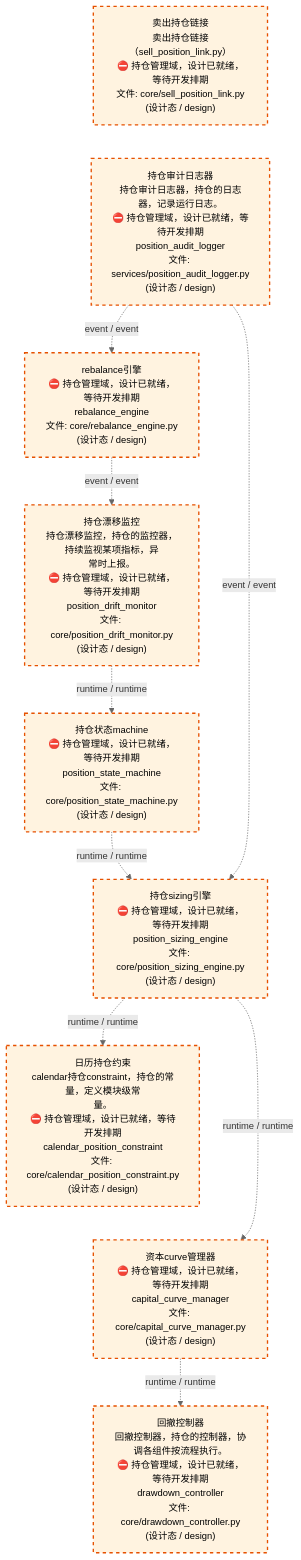
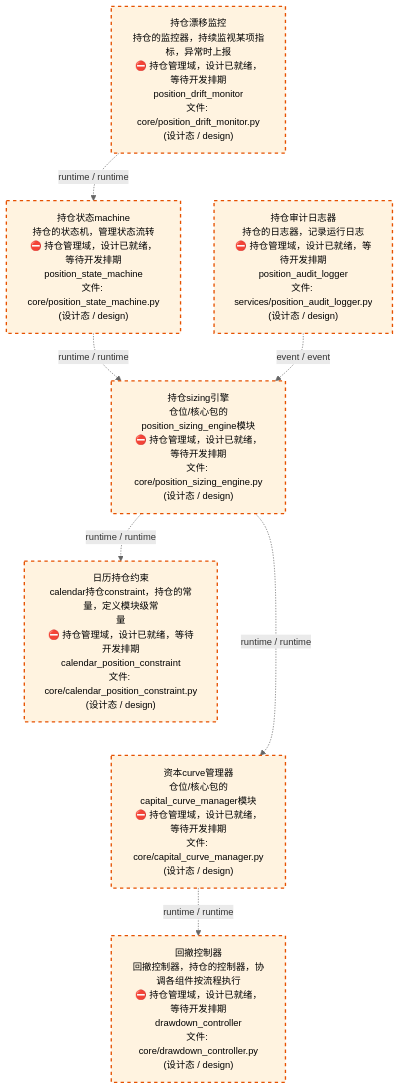
The third of 4 diagrams in docs/02_enterprise_architecture/02_domain_architecture_docs/64_d_position.md (xuanFelixVan/ZephyrAlpha), drawn with Mermaid before and after one commit. The commit also changed other lines of this file and 62 other files, not shown here.

````diff
--- a/docs/02_enterprise_architecture/02_domain_architecture_docs/64_d_position.md
+++ b/docs/02_enterprise_architecture/02_domain_architecture_docs/64_d_position.md
@@ -125,28 +130,24 @@
 ```mermaid
 %%{init: {'theme': 'base', 'themeVariables': {'primaryColor': '#eaeaea', 'primaryTextColor': '#333333', 'primaryBorderColor': '#666666', 'lineColor': '#666666', 'secondaryColor': '#eaeaea', 'tertiaryColor': '#eaeaea', 'fontSize': '14px'}}}%%
 flowchart TD
-    src_zephyr_position_core_sell_position_link_py["卖出持仓链接<br/>卖出持仓链接（sell_position_link.py）<br/>⛔ 持仓管理域，设计已就绪，等待开发排期<br/>文件: core/sell_position_link.py<br/>(设计态 / design)"]
-    src_zephyr_position_services_position_audit_logger_py["持仓审计日志器<br/>持仓审计日志器，持仓的日志器，记录运行日志。<br/>⛔ 持仓管理域，设计已就绪，等待开发排期<br/>position_audit_logger<br/>文件: services/position_audit_logger.py<br/>(设计态 / design)"]
-    src_zephyr_position_core_sell_position_link_py ~~~ src_zephyr_position_services_position_audit_logger_py
-    src_zephyr_position_core_rebalance_engine_py["rebalance引擎<br/>⛔ 持仓管理域，设计已就绪，等待开发排期<br/>rebalance_engine<br/>文件: core/rebalance_engine.py<br/>(设计态 / design)"]
-    src_zephyr_position_core_position_drift_monitor_py["持仓漂移监控<br/>持仓漂移监控，持仓的监控器，持续监视某项指标，异<br/>常时上报。<br/>⛔ 持仓管理域，设计已就绪，等待开发排期<br/>position_drift_monitor<br/>文件: core/position_drift_monitor.py<br/>(设计态 / design)"]
-    src_zephyr_position_core_position_state_machine_py["持仓状态machine<br/>⛔ 持仓管理域，设计已就绪，等待开发排期<br/>position_state_machine<br/>文件: core/position_state_machine.py<br/>(设计态 / design)"]
-    src_zephyr_position_core_position_sizing_engine_py["持仓sizing引擎<br/>⛔ 持仓管理域，设计已就绪，等待开发排期<br/>position_sizing_engine<br/>文件: core/position_sizing_engine.py<br/>(设计态 / design)"]
-    src_zephyr_position_core_calendar_position_constraint_py["日历持仓约束<br/>calendar持仓constraint，持仓的常量，定义模块级常<br/>量。<br/>⛔ 持仓管理域，设计已就绪，等待开发排期<br/>calendar_position_constraint<br/>文件: core/calendar_position_constraint.py<br/>(设计态 / design)"]
-    src_zephyr_position_core_capital_curve_manager_py["资本curve管理器<br/>⛔ 持仓管理域，设计已就绪，等待开发排期<br/>capital_curve_manager<br/>文件: core/capital_curve_manager.py<br/>(设计态 / design)"]
+    src_zephyr_position_core_position_drift_monitor_py["持仓漂移监控<br/>持仓的监控器，持续监视某项指标，异常时上报<br/>⛔ 持仓管理域，设计已就绪，等待开发排期<br/>position_drift_monitor<br/>文件: core/position_drift_monitor.py<br/>(设计态 / design)"]
+    src_zephyr_position_services_position_audit_logger_py["持仓审计日志器<br/>持仓的日志器，记录运行日志<br/>⛔ 持仓管理域，设计已就绪，等待开发排期<br/>position_audit_logger<br/>文件: services/position_audit_logger.py<br/>(设计态 / design)"]
+    src_zephyr_position_core_position_drift_monitor_py ~~~ src_zephyr_position_services_position_audit_logger_py
+    src_zephyr_position_core_position_state_machine_py["持仓状态machine<br/>持仓的状态机，管理状态流转<br/>⛔ 持仓管理域，设计已就绪，等待开发排期<br/>position_state_machine<br/>文件: core/position_state_machine.py<br/>(设计态 / design)"]
+    src_zephyr_position_core_position_sizing_engine_py["持仓sizing引擎<br/>仓位/核心包的position_sizing_engine模块<br/>⛔ 持仓管理域，设计已就绪，等待开发排期<br/>文件: core/position_sizing_engine.py<br/>(设计态 / design)"]
+    src_zephyr_position_core_calendar_position_constraint_py["日历持仓约束<br/>calendar持仓constraint，持仓的常量，定义模块级常<br/>量<br/>⛔ 持仓管理域，设计已就绪，等待开发排期<br/>calendar_position_constraint<br/>文件: core/calendar_position_constraint.py<br/>(设计态 / design)"]
+    src_zephyr_position_core_capital_curve_manager_py["资本curve管理器<br/>仓位/核心包的capital_curve_manager模块<br/>⛔ 持仓管理域，设计已就绪，等待开发排期<br/>文件: core/capital_curve_manager.py<br/>(设计态 / design)"]
     src_zephyr_position_core_calendar_position_constraint_py ~~~ src_zephyr_position_core_capital_curve_manager_py
-    src_zephyr_position_core_drawdown_controller_py["回撤控制器<br/>回撤控制器，持仓的控制器，协调各组件按流程执行。<br/>⛔ 持仓管理域，设计已就绪，等待开发排期<br/>drawdown_controller<br/>文件: core/drawdown_controller.py<br/>(设计态 / design)"]
+    src_zephyr_position_core_drawdown_controller_py["回撤控制器<br/>回撤控制器，持仓的控制器，协调各组件按流程执行<br/>⛔ 持仓管理域，设计已就绪，等待开发排期<br/>drawdown_controller<br/>文件: core/drawdown_controller.py<br/>(设计态 / design)"]
     src_zephyr_position_core_position_sizing_engine_py -.->|runtime / runtime| src_zephyr_position_core_capital_curve_manager_py
     src_zephyr_position_core_position_sizing_engine_py -.->|runtime / runtime| src_zephyr_position_core_calendar_position_constraint_py
     src_zephyr_position_core_position_state_machine_py -.->|runtime / runtime| src_zephyr_position_core_position_sizing_engine_py
     src_zephyr_position_core_position_drift_monitor_py -.->|runtime / runtime| src_zephyr_position_core_position_state_machine_py
-    src_zephyr_position_core_rebalance_engine_py -.->|event / event| src_zephyr_position_core_position_drift_monitor_py
     src_zephyr_position_core_capital_curve_manager_py -.->|runtime / runtime| src_zephyr_position_core_drawdown_controller_py
     src_zephyr_position_services_position_audit_logger_py -.->|event / event| src_zephyr_position_core_position_sizing_engine_py
-    src_zephyr_position_services_position_audit_logger_py -.->|event / event| src_zephyr_position_core_rebalance_engine_py
     classDef production fill:#e1f5fe,stroke:#01579b,stroke-width:2px,color:#000
     classDef design fill:#fff3e0,stroke:#e65100,stroke-width:2px,color:#000,stroke-dasharray: 5 5
     classDef external_prod fill:#e8f4fd,stroke:#0277bd,stroke-width:1px,color:#000
     classDef external_design fill:#fff8e7,stroke:#ef6c00,stroke-width:1px,color:#000,stroke-dasharray: 5 5
-    class src_zephyr_position_core_calendar_position_constraint_py,src_zephyr_position_core_capital_curve_manager_py,src_zephyr_position_core_drawdown_controller_py,src_zephyr_position_core_position_drift_monitor_py,src_zephyr_position_core_position_sizing_engine_py,src_zephyr_position_core_position_state_machine_py,src_zephyr_position_core_rebalance_engine_py,src_zephyr_position_core_sell_position_link_py,src_zephyr_position_services_position_audit_logger_py design
+    class src_zephyr_position_core_calendar_position_constraint_py,src_zephyr_position_core_capital_curve_manager_py,src_zephyr_position_core_drawdown_controller_py,src_zephyr_position_core_position_drift_monitor_py,src_zephyr_position_core_position_sizing_engine_py,src_zephyr_position_core_position_state_machine_py,src_zephyr_position_services_position_audit_logger_py design
 ```
````
